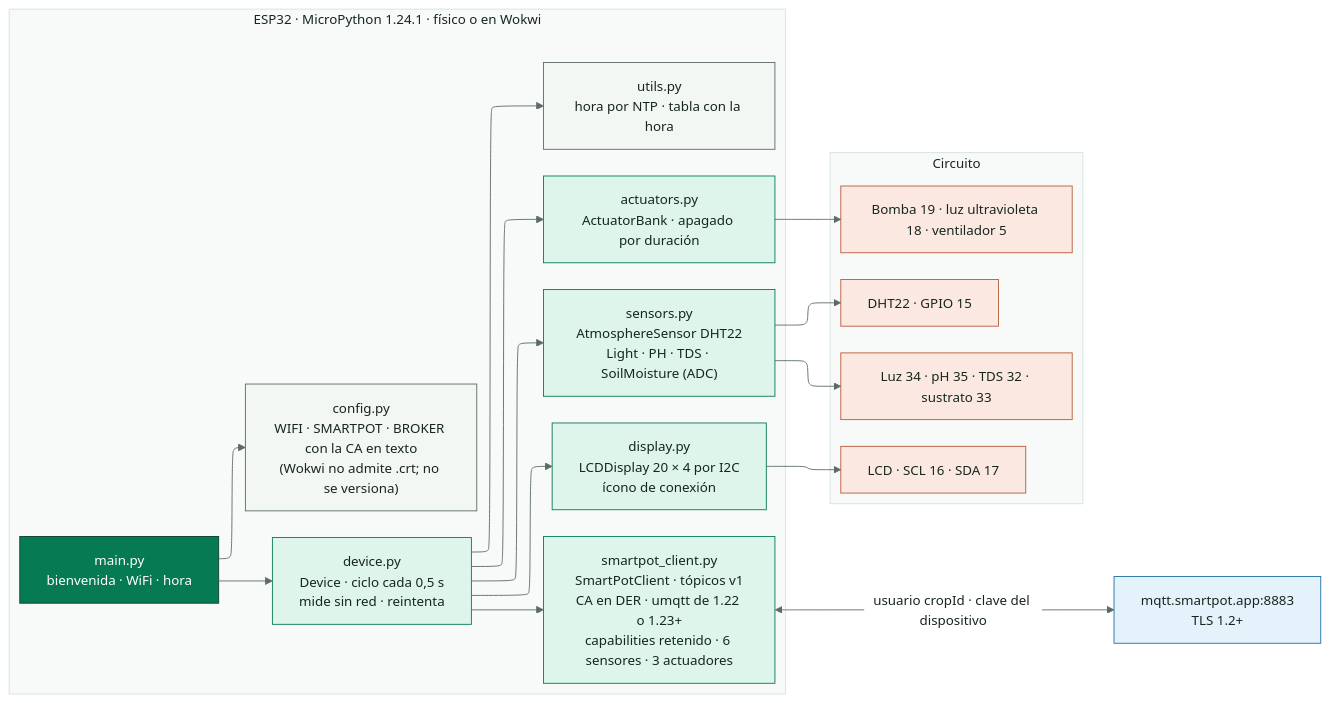
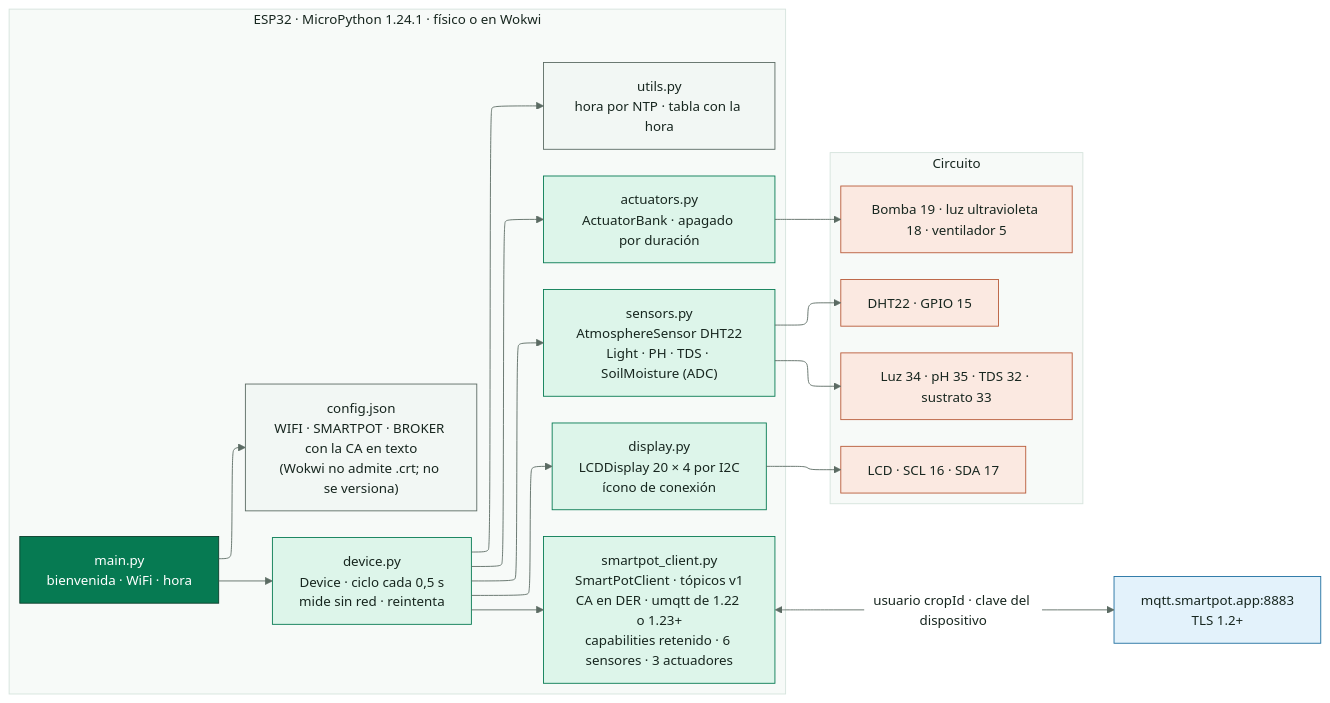
One commit to SmartPotTech/SmartPot-IoT-Python changed the diagram in docs/diagrams/SmartPot_IoT_Global_Component.mmd. Above: the diagram before and after it, drawn with Mermaid. The commit also changed 8 other files, not shown here.

First line of the commit message:
Document config.json as the device configuration file [skip deploy]

```diff
--- a/docs/diagrams/SmartPot_IoT_Global_Component.mmd
+++ b/docs/diagrams/SmartPot_IoT_Global_Component.mmd
@@ -1,39 +1,39 @@
 %%{init: {"theme": "base", "fontFamily": "Segoe UI, Arial, sans-serif", "themeVariables": {"fontFamily": "Segoe UI, Arial, sans-serif", "fontSize": "15px", "primaryColor": "#DDF5EA", "primaryTextColor": "#17261F", "primaryBorderColor": "#067A52", "secondaryColor": "#E3F2FB", "secondaryTextColor": "#17261F", "secondaryBorderColor": "#1F6FA0", "tertiaryColor": "#F2F7F4", "tertiaryTextColor": "#17261F", "tertiaryBorderColor": "#D5E3DC", "lineColor": "#5B6B63", "textColor": "#17261F", "mainBkg": "#DDF5EA", "nodeBorder": "#067A52", "clusterBkg": "#F7FAF8", "clusterBorder": "#D5E3DC", "edgeLabelBackground": "#FFFFFF", "actorBkg": "#067A52", "actorBorder": "#0B3D2B", "actorTextColor": "#FFFFFF", "actorLineColor": "#5B6B63", "signalColor": "#17261F", "signalTextColor": "#17261F", "labelBoxBkgColor": "#0B3D2B", "labelBoxBorderColor": "#0B3D2B", "labelTextColor": "#FFFFFF", "loopTextColor": "#0B3D2B", "noteBkgColor": "#FDF4DD", "noteBorderColor": "#C98D12", "noteTextColor": "#17261F", "activationBkgColor": "#DDF5EA", "activationBorderColor": "#067A52", "attributeBackgroundColorOdd": "#FFFFFF", "attributeBackgroundColorEven": "#F2F7F4"}, "layout": "elk", "elk": {"nodePlacementStrategy": "BRANDES_KOEPF", "mergeEdges": false, "cycleBreakingStrategy": "GREEDY"}}}%%
 flowchart LR
   subgraph esp["ESP32 · MicroPython 1.24.1 · físico o en Wokwi"]
     direction TB
     main["main.py<br/>bienvenida · WiFi · hora"]
     device["device.py<br/>Device · ciclo cada 0,5 s<br/>mide sin red · reintenta"]
-    config["config.py<br/>WIFI · SMARTPOT · BROKER con la CA en texto<br/>(Wokwi no admite .crt; no se versiona)"]
+    config["config.json<br/>WIFI · SMARTPOT · BROKER con la CA en texto<br/>(Wokwi no admite .crt; no se versiona)"]
     client["smartpot_client.py<br/>SmartPotClient · tópicos v1<br/>CA en DER · umqtt de 1.22 o 1.23+<br/>capabilities retenido · 6 sensores · 3 actuadores"]
     sensors["sensors.py<br/>AtmosphereSensor DHT22<br/>Light · PH · TDS · SoilMoisture (ADC)"]
     actuators["actuators.py<br/>ActuatorBank · apagado por duración"]
     display["display.py<br/>LCDDisplay 20 × 4 por I2C<br/>ícono de conexión"]
     utils["utils.py<br/>hora por NTP · tabla con la hora"]
   end
   subgraph hw["Circuito"]
     direction TB
     dht["DHT22 · GPIO 15"]
     adc["Luz 34 · pH 35 · TDS 32 · sustrato 33"]
     outs["Bomba 19 · luz ultravioleta 18 · ventilador 5"]
     lcd["LCD · SCL 16 · SDA 17"]
   end
   broker["mqtt.smartpot.app:8883<br/>TLS 1.2+"]
   main --> config & device
   device --> client & sensors & actuators & display & utils
   sensors --> dht & adc
   actuators --> outs
   display --> lcd
   client <-->|"usuario cropId · clave del dispositivo"| broker
   classDef leaf fill:#DDF5EA,stroke:#067A52,color:#17261F
   classDef water fill:#E3F2FB,stroke:#1F6FA0,color:#17261F
   classDef sun fill:#FDF4DD,stroke:#C98D12,color:#17261F
   classDef clay fill:#FBE9E1,stroke:#B85A38,color:#17261F
   classDef core fill:#067A52,stroke:#0B3D2B,color:#FFFFFF
   classDef deep fill:#0B3D2B,stroke:#06281C,color:#FFFFFF
   classDef muted fill:#F2F7F4,stroke:#5B6B63,color:#17261F
   class main core
   class config,utils muted
   class client,sensors,actuators,display,device leaf
   class dht,adc,outs,lcd clay
   class broker water
```
